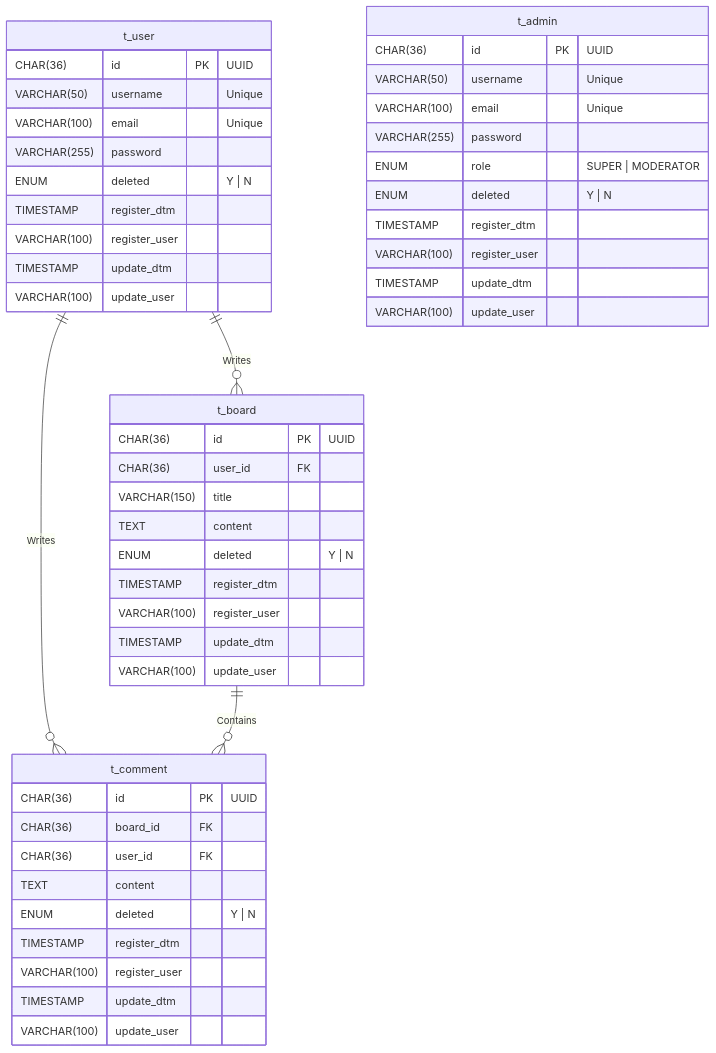
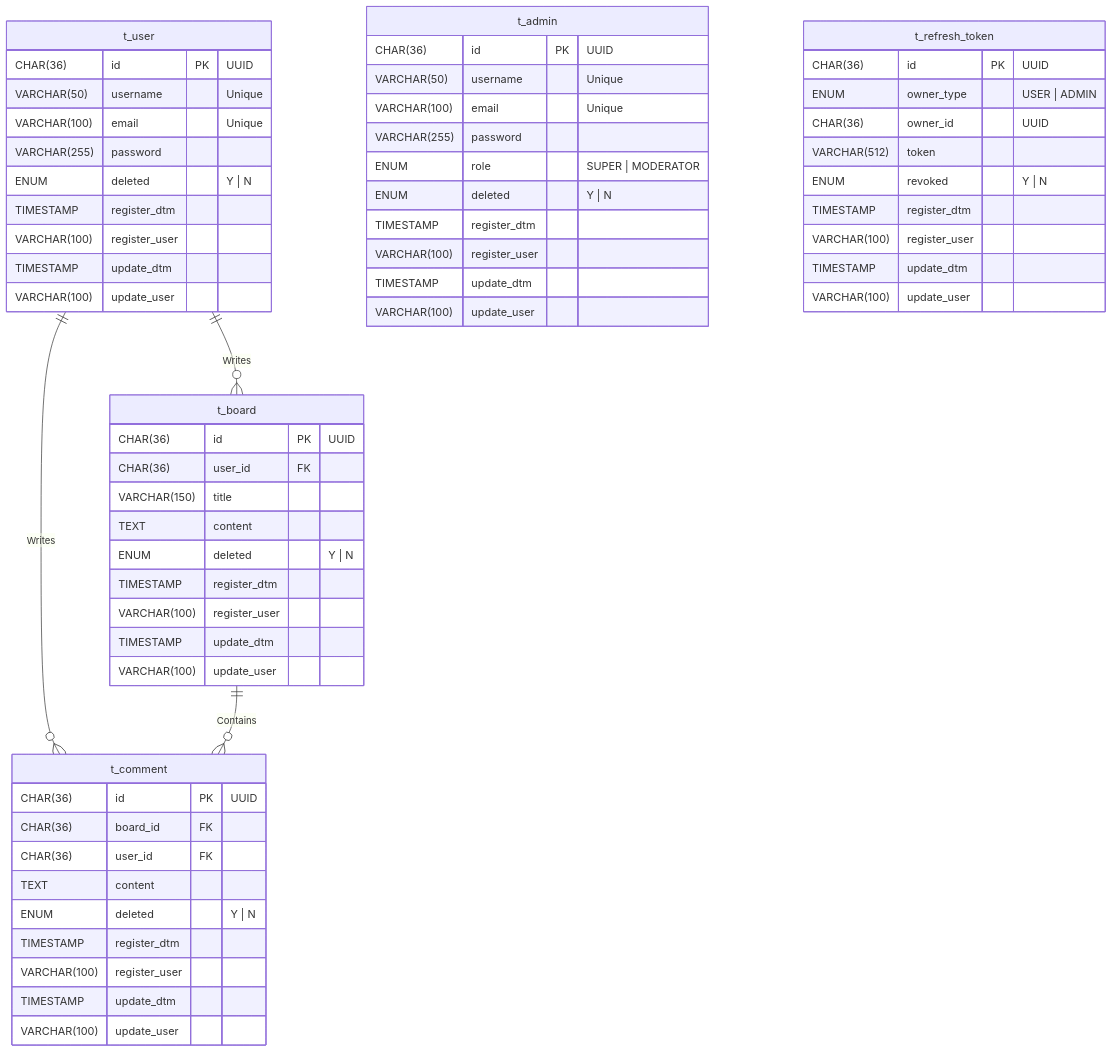
Before and after one commit to MarshmallowShadow/marsh-sql: the diagram in ERD.md, drawn with Mermaid. The commit also changed 1 other file, not shown here.

Commit message:
Feat: Added Refresh Token Table

````diff
--- a/ERD.md
+++ b/ERD.md
@@ -1,57 +1,69 @@
 ``` mermaid
 erDiagram
 
   t_user {
     CHAR(36) id PK "UUID"
     VARCHAR(50) username "Unique"
     VARCHAR(100) email "Unique"
     VARCHAR(255) password
     ENUM deleted "Y | N"
     TIMESTAMP register_dtm
     VARCHAR(100) register_user
     TIMESTAMP update_dtm
     VARCHAR(100) update_user
   }
 
   t_admin {
     CHAR(36) id PK "UUID"
     VARCHAR(50) username "Unique"
     VARCHAR(100) email "Unique"
     VARCHAR(255) password
     ENUM role "SUPER | MODERATOR"
     ENUM deleted "Y | N"
+    TIMESTAMP register_dtm
+    VARCHAR(100) register_user
+    TIMESTAMP update_dtm
+    VARCHAR(100) update_user
+  }
+  
+  t_refresh_token {
+    CHAR(36) id PK "UUID"
+    ENUM owner_type "USER | ADMIN"
+    CHAR(36) owner_id "UUID"
+    VARCHAR(512) token
+    ENUM revoked "Y | N"
     TIMESTAMP register_dtm
     VARCHAR(100) register_user
     TIMESTAMP update_dtm
     VARCHAR(100) update_user
   }
 
   t_board {
     CHAR(36) id PK "UUID"
     CHAR(36) user_id FK
     VARCHAR(150) title
     TEXT content
     ENUM deleted "Y | N"
     TIMESTAMP register_dtm
     VARCHAR(100) register_user
     TIMESTAMP update_dtm
     VARCHAR(100) update_user
   }
 
   t_comment {
     CHAR(36) id PK "UUID"
     CHAR(36) board_id FK
     CHAR(36) user_id FK
     TEXT content
     ENUM deleted "Y | N"
     TIMESTAMP register_dtm
     VARCHAR(100) register_user
     TIMESTAMP update_dtm
     VARCHAR(100) update_user
   }
 
   t_user ||--o{ t_board : "Writes"
   t_user ||--o{ t_comment : "Writes"
   t_board ||--o{ t_comment : "Contains"
 
 ```
````
